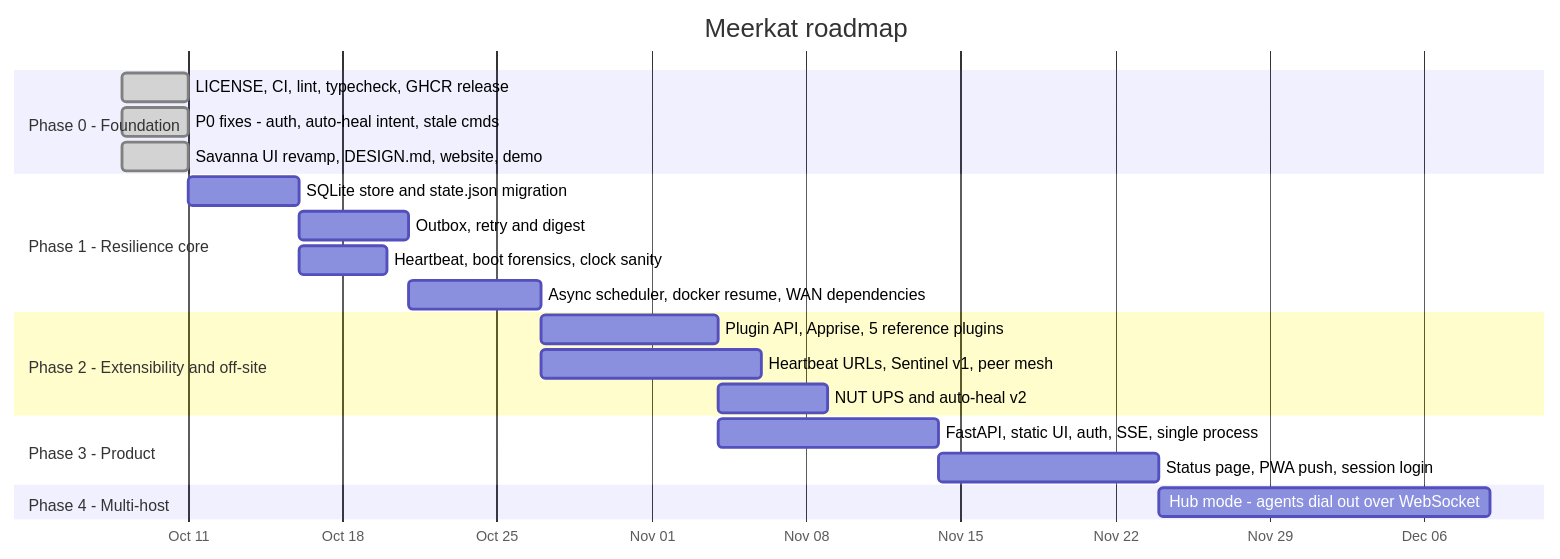
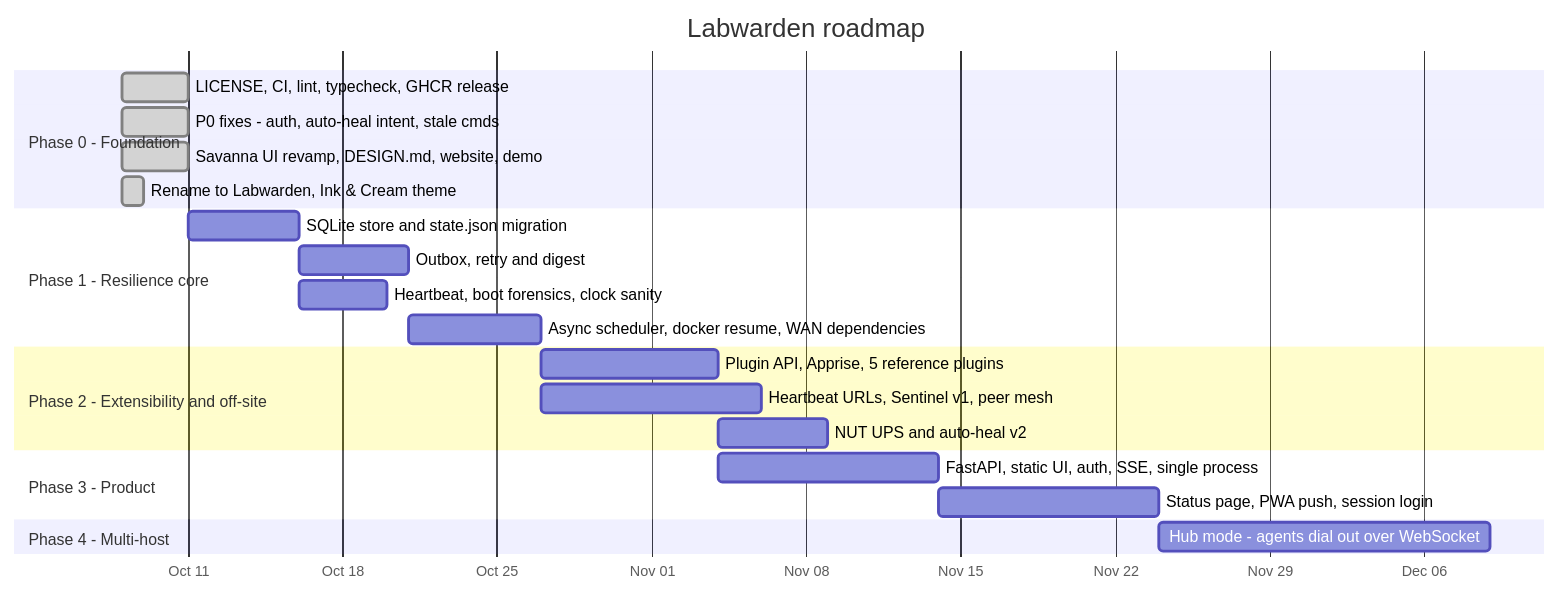
One commit to Xrg360/Sheltie changed the first of 2 diagrams in docs/ROADMAP.md. Above: the diagram before and after it, drawn with Mermaid. The commit also changed other lines of this file and 11 other files, not shown here.

````diff
--- a/docs/ROADMAP.md
+++ b/docs/ROADMAP.md
@@ -225,24 +248,25 @@
 ```mermaid
 gantt
-  title Meerkat roadmap
+  title Labwarden roadmap
   dateFormat YYYY-MM-DD
   axisFormat %b %d
   section Phase 0 - Foundation
   LICENSE, CI, lint, typecheck, GHCR release      :done, p0a, 2026-10-08, 3d
   P0 fixes - auth, auto-heal intent, stale cmds    :done, p0b, 2026-10-08, 3d
   Savanna UI revamp, DESIGN.md, website, demo      :done, p0c, 2026-10-08, 3d
+  Rename to Labwarden, Ink & Cream theme          :done, p0d, 2026-10-08, 1d
   section Phase 1 - Resilience core
   SQLite store and state.json migration            :p1a, after p0c, 5d
   Outbox, retry and digest                         :p1b, after p1a, 5d
   Heartbeat, boot forensics, clock sanity          :p1c, after p1a, 4d
   Async scheduler, docker resume, WAN dependencies :p1d, after p1b, 6d
   section Phase 2 - Extensibility and off-site
   Plugin API, Apprise, 5 reference plugins         :p2a, after p1d, 8d
   Heartbeat URLs, Sentinel v1, peer mesh           :p2b, after p1d, 10d
   NUT UPS and auto-heal v2                         :p2c, after p2a, 5d
   section Phase 3 - Product
   FastAPI, static UI, auth, SSE, single process    :p3a, after p2a, 10d
   Status page, PWA push, session login             :p3b, after p3a, 10d
   section Phase 4 - Multi-host
   Hub mode - agents dial out over WebSocket        :p4a, after p3b, 15d
 ```
````
